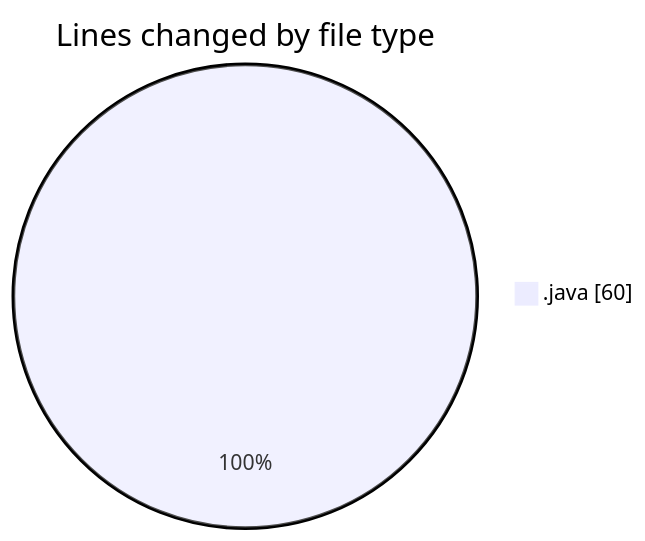
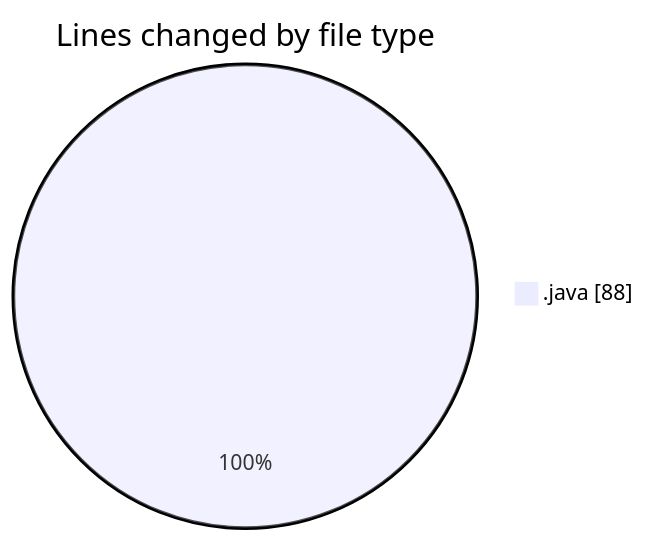
Before and after one commit to hasnaa123/code-tracking: the first of 2 diagrams in 2026-10-25/taskforge/README.md, drawn with Mermaid. The commit also changed other lines of this file and 1 other file, not shown here.

````diff
--- a/2026-10-25/taskforge/README.md
+++ b/2026-10-25/taskforge/README.md
@@ -21,5 +21,5 @@
 ```mermaid
 pie showData
 title Lines changed by file type
-".java" : 60
+".java" : 88
 ```
````
